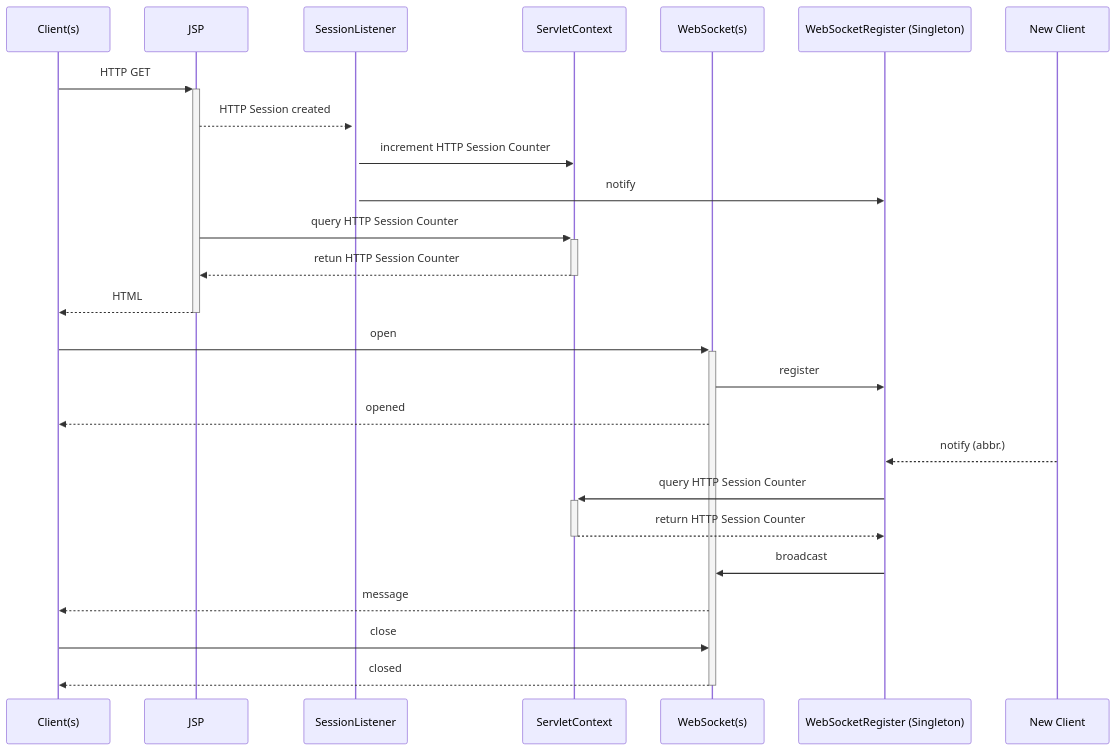
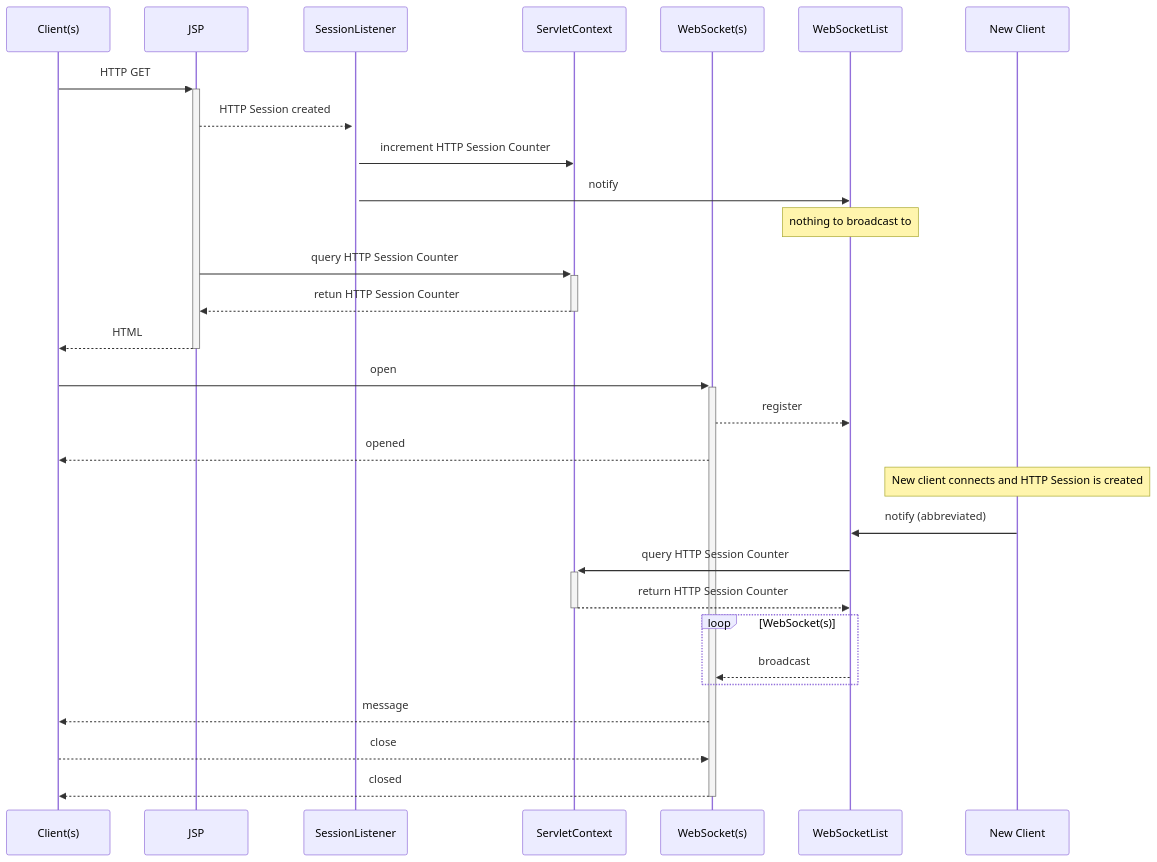
Before and after one commit to athenaeum-brew/making-of: the diagram in slides/23.md, drawn with Mermaid. The commit also changed other lines of this file and 1 other file, not shown here.

```diff
--- a/slides/23.md
+++ b/slides/23.md
@@ -694,31 +705,36 @@
 <pre class="mermaid">
 
 sequenceDiagram
 
     participant Client as Client(s)
     participant JSP
     participant SessionListener
     participant ServletContext
     participant WebSocket as WebSocket(s)
-    participant WebSocketList as WebSocketRegister (Singleton)
+    participant WebSocketList
     participant Client2 as New Client
 
     Client ->>+JSP: HTTP GET
     JSP-->>+SessionListener: HTTP Session created
     SessionListener->> ServletContext: increment HTTP Session Counter
     SessionListener->> WebSocketList: notify
+    Note over WebSocketList,WebSocketList: nothing to broadcast to
     JSP->>+ServletContext: query HTTP Session Counter
     ServletContext-->>-JSP: retun HTTP Session Counter
     JSP-->>-Client: HTML
     Client ->>+WebSocket: open
-    WebSocket->> WebSocketList: register
+    WebSocket -->> WebSocketList: register
     WebSocket-->>Client: opened
-    Client2-->>WebSocketList: notify (abbr.)
+    Note over Client2: New client connects and HTTP Session is created
+    Client2->>WebSocketList: notify (abbreviated)
     WebSocketList->>+ServletContext: query HTTP Session Counter
     ServletContext-->>-WebSocketList: return HTTP Session Counter
-    WebSocketList->>WebSocket: broadcast
+    loop WebSocket(s)
+        WebSocketList-->>WebSocket: broadcast
+    end
     WebSocket-->>Client: message
     
-    Client->>WebSocket: close
+    Client-->>WebSocket: close
     WebSocket-->>-Client: closed
+
 </pre>
```
